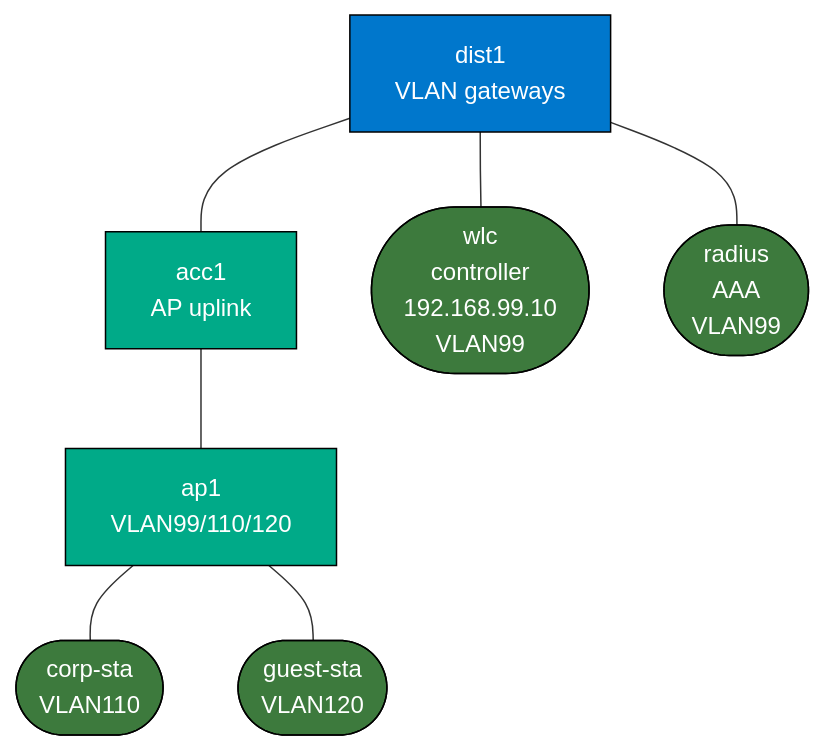
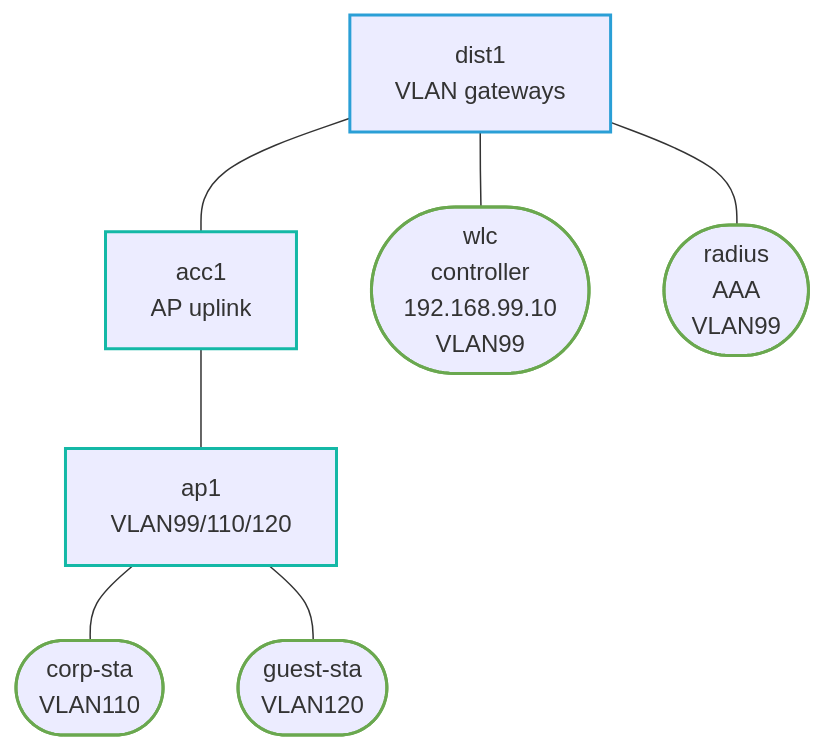
The diagram in labs/enterprise-wireless-architecture/README.md (jschless/networkingLabs), drawn with Mermaid before and after one commit. The commit also changed 250 other files, not shown here.

Commit message:
Fix unreadable topology diagrams, convert ASCII art, publish assessments (#57)

````diff
--- a/labs/enterprise-wireless-architecture/README.md
+++ b/labs/enterprise-wireless-architecture/README.md
@@ -31,25 +31,25 @@
 ```mermaid
 flowchart TB
-    dist1["dist1\nVLAN gateways"]
-    acc1["acc1\nAP uplink"]
-    wlc(["wlc\ncontroller\n192.168.99.10\nVLAN99"])
-    radius(["radius\nAAA\nVLAN99"])
-    ap1["ap1\nVLAN99/110/120"]
-    corpsta(["corp-sta\nVLAN110"])
-    gueststa(["guest-sta\nVLAN120"])
+    dist1["dist1<br/>VLAN gateways"]
+    acc1["acc1<br/>AP uplink"]
+    wlc(["wlc<br/>controller<br/>192.168.99.10<br/>VLAN99"])
+    radius(["radius<br/>AAA<br/>VLAN99"])
+    ap1["ap1<br/>VLAN99/110/120"]
+    corpsta(["corp-sta<br/>VLAN110"])
+    gueststa(["guest-sta<br/>VLAN120"])
 
     dist1 --- acc1
     dist1 --- wlc
     dist1 --- radius
     acc1 --- ap1
     ap1 --- corpsta
     ap1 --- gueststa
 
-    classDef dist   fill:#0077cc,color:#fff,stroke:#000
-    classDef access fill:#00aa88,color:#fff,stroke:#000
-    classDef host   fill:#3d7a3d,color:#fff,stroke:#000
+    classDef dist stroke:#2a9fd6,stroke-width:2px
+    classDef access stroke:#14b8a6,stroke-width:2px
+    classDef host stroke:#6aa84f,stroke-width:2px
 
     class dist1 dist
     class acc1,ap1 access
     class wlc,radius,corpsta,gueststa host
 ```
````
